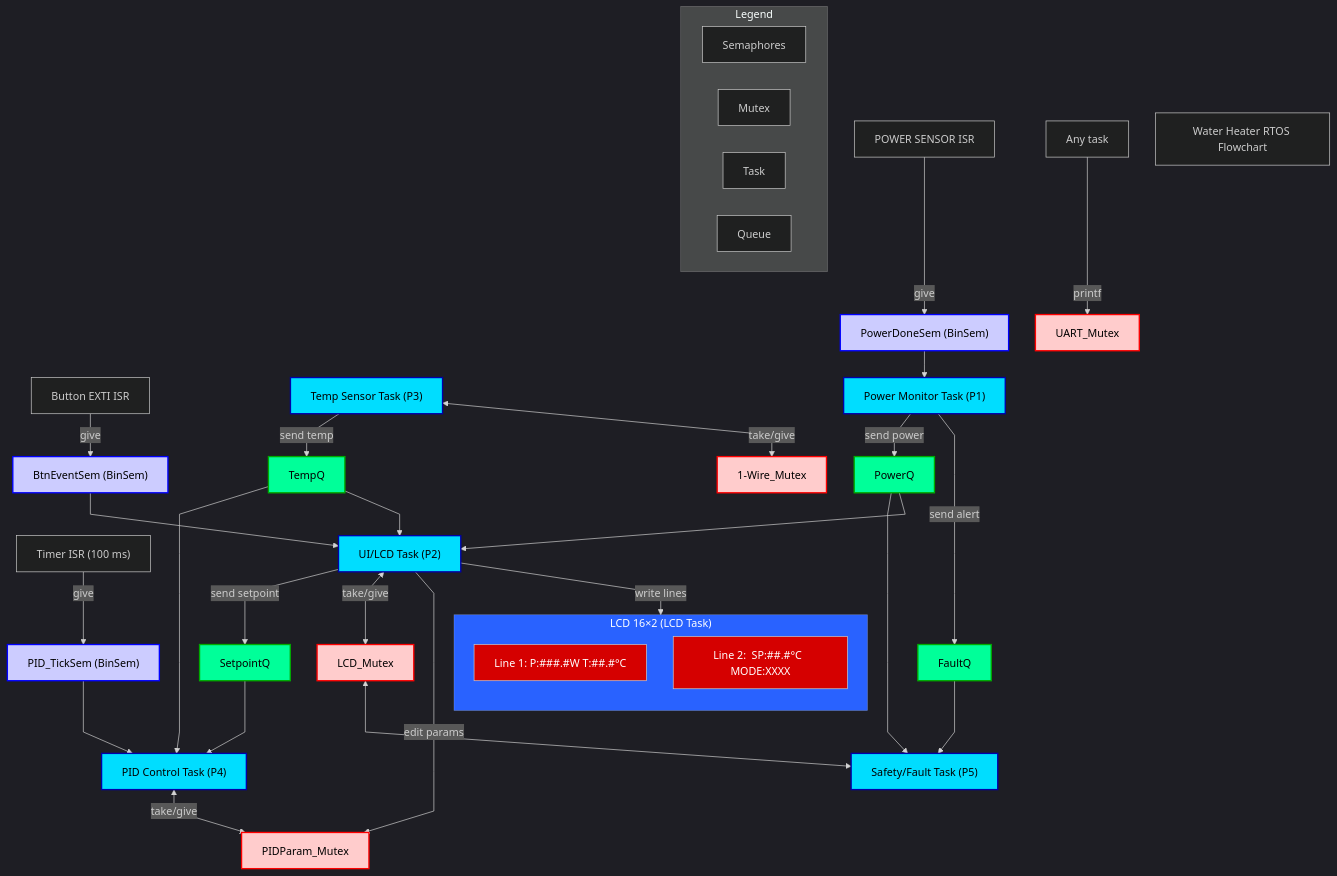
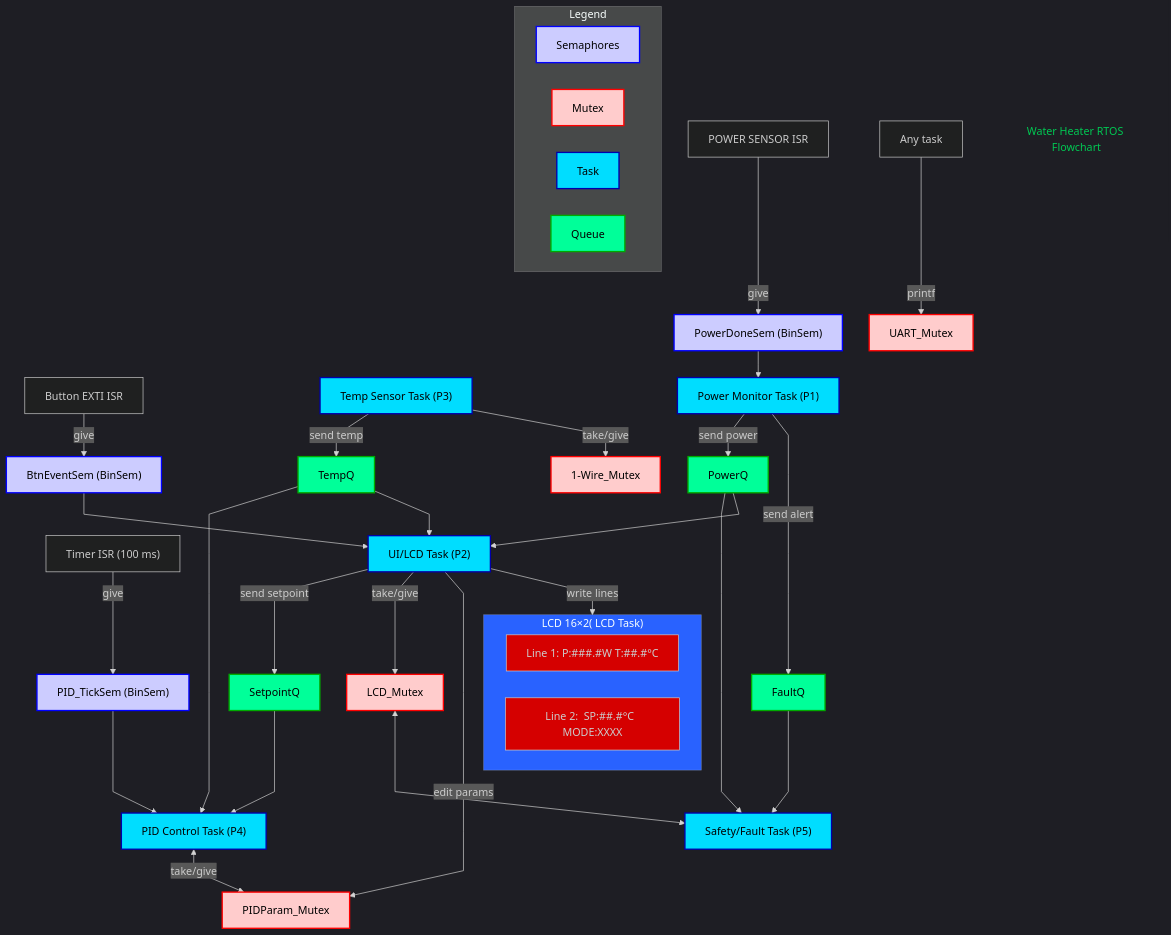
The diagram in README.md (EddieFranco/Home-Energy-Monitoring-Management-System), drawn with Mermaid before and after one commit.

````diff
--- a/README.md
+++ b/README.md
@@ -94,81 +94,70 @@
 ```mermaid 
 %%{init: {
   "theme": "dark",
   "flowchart": { "htmlLabels": true, "curve": "linear", "nodeSpacing": 40, "rankSpacing": 40 }
 }}%%
+
 flowchart TB
+ subgraph Legend["Legend"]
+    direction LR
+        L1["Semaphores"]
+        L2["Mutex"]
+        L3["Task"]
+        L4["Queue"]
+  end
+ subgraph LCD["LCD 16×2( LCD Task)"]
+        L5["Line 1:  P:###.#W   T:##.#°C"]
+        L6["Line 2:  SP:##.#°C  MODE:XXXX"]
+  end
+    TIM_ISR["Timer ISR (100 ms)"] -- give --> PID_TickSem["PID_TickSem (BinSem)"]
+    ADC_ISR["POWER SENSOR ISR"] -- give --> Power_DoneSem["PowerDoneSem (BinSem)"]
+    BTN_ISR["Button EXTI ISR"] -- give --> BtnEventSem["BtnEventSem (BinSem)"]
+    TEMP["Temp Sensor Task (P3)"] -- send temp --> TempQ["TempQ"]
+    TempQ --> PID["PID Control Task (P4)"] & UI["UI/LCD Task (P2)"]
+    UI -- send setpoint --> SetpointQ["SetpointQ"]
+    SetpointQ --> PID
+    POWER["Power Monitor Task (P1)"] -- send power --> PowerQ["PowerQ"]
+    PowerQ --> SAFETY["Safety/Fault Task (P5)"] & UI
+    POWER -- send alert --> FaultQ["FaultQ"]
+    FaultQ --> SAFETY
+    PID_TickSem --> PID
+    Power_DoneSem --> POWER
+    BtnEventSem --> UI
+    UI -- take/give --> LCD_Mutex["LCD_Mutex"]
+    TEMP -- take/give --> OneWire_Mutex["1-Wire_Mutex"]
+    PID <-- take/give --> PIDParam_Mutex["PIDParam_Mutex"]
+    UI -- edit params --> PIDParam_Mutex
+    ANY["Any task"] -- printf --> UART_Mutex["UART_Mutex"]
+    UI -- write lines --> LCD
+    LCD_Mutex <--> SAFETY
+    title["Water Heater RTOS Flowchart"]
+     L1:::Semaphores
+     L2:::Mutex
+     L3:::Task
+     L4:::Queue
+     PID_TickSem:::Semaphores
+     Power_DoneSem:::Semaphores
+     BtnEventSem:::Semaphores
+     TEMP:::Task
+     TempQ:::Queue
+     PID:::Task
+     UI:::Task
+     SetpointQ:::Queue
+     POWER:::Task
+     PowerQ:::Queue
+     SAFETY:::Task
+     FaultQ:::Queue
+     LCD_Mutex:::Mutex
+     OneWire_Mutex:::Mutex
+     PIDParam_Mutex:::Mutex
+     UART_Mutex:::Mutex
+    classDef Semaphores fill:#ccccff,stroke:#0000ff,stroke-width:2px,color:#000000
+    classDef Mutex fill:#ffcccc,stroke:#ff0000,stroke-width:2px,color:#000000
+    classDef Task fill:#00ddff,stroke:#0000aa,stroke-width:2px,color:#000000
+    classDef Queue fill:#00ff99,stroke:#00aa00,stroke-width:2px,color:#000000
+    style L5 fill:#D50000
+    style L6 fill:#D50000
+    style LCD fill:#2962FF
+    style title fill:none,stroke:none,fontSize:24px,fontWeight:bold,color:#00C853
 
-  %% ---------- Legend ----------
-  subgraph Legend["Legend"]
-    direction LR
-    L1["Semaphores"]
-    L2["Mutex"]
-    L3["Task"]
-    L4["Queue"]
-  end
-
-  %% ---------- LCD Preview ----------
-  subgraph LCD["LCD 16×2 (LCD Task)"]
-    direction TB
-    L5["Line 1:  P:###.#W   T:##.#°C"]
-    L6["Line 2:  SP:##.#°C  MODE:XXXX"]
-  end
-
-  %% ---------- ISRs -> Semaphores ----------
-  TIM_ISR["Timer ISR (100 ms)"] -->|give| PID_TickSem["PID_TickSem (BinSem)"]
-  ADC_ISR["POWER SENSOR ISR"] -->|give| Power_DoneSem["PowerDoneSem (BinSem)"]
-  BTN_ISR["Button EXTI ISR"] -->|give| BtnEventSem["BtnEventSem (BinSem)"]
-
-  %% ---------- Tasks & Queues ----------
-  TEMP["Temp Sensor Task (P3)"] -->|send temp| TempQ["TempQ"]
-  TempQ --> PID["PID Control Task (P4)"]
-  TempQ --> UI["UI/LCD Task (P2)"]
-
-  UI -->|send setpoint| SetpointQ["SetpointQ"]
-  SetpointQ --> PID
-
-  POWER["Power Monitor Task (P1)"] -->|send power| PowerQ["PowerQ"]
-  PowerQ --> SAFETY["Safety/Fault Task (P5)"]
-  PowerQ --> UI
-
-  POWER -->|send alert| FaultQ["FaultQ"]
-  FaultQ --> SAFETY
-
-  %% ---------- Semaphores into tasks ----------
-  PID_TickSem --> PID
-  Power_DoneSem --> POWER
-  BtnEventSem --> UI
-
-  %% ---------- Mutexes ----------
-  UI <-->|take/give| LCD_Mutex["LCD_Mutex"]
-  TEMP <-->|take/give| OneWire_Mutex["1-Wire_Mutex"]
-  PID <-->|take/give| PIDParam_Mutex["PIDParam_Mutex"]
-  UI -->|edit params| PIDParam_Mutex
-
-  ANY["Any task"] -->|printf| UART_Mutex["UART_Mutex"]
-
-  %% ---------- LCD writing ----------
-  UI -->|write lines| LCD
-
-  %% Optional: LCD_Mutex also used by Safety
-  LCD_Mutex <--> SAFETY
-
-  %% ---------- Title ----------
-  title["Water Heater RTOS Flowchart"]
-
-  %% ---------- Classes / Styling ----------
-  classDef Semaphores fill:#ccccff,stroke:#0000ff,stroke-width:2px,color:#000000
-  classDef Mutex fill:#ffcccc,stroke:#ff0000,stroke-width:2px,color:#000000
-  classDef Task fill:#00ddff,stroke:#0000aa,stroke-width:2px,color:#000000
-  classDef Queue fill:#00ff99,stroke:#00aa00,stroke-width:2px,color:#000000
-
-  class PID_TickSem,Power_DoneSem,BtnEventSem Semaphores
-  class LCD_Mutex,OneWire_Mutex,PIDParam_Mutex,UART_Mutex Mutex
-  class TEMP,PID,UI,POWER,SAFETY Task
-  class TempQ,SetpointQ,PowerQ,FaultQ Queue
-
-  %% Highlight LCD preview and LCD group
-  style L5 fill:#D50000,color:#ffffff
-  style L6 fill:#D50000,color:#ffffff
-  style LCD fill:#2962FF,color:#ffffff
 ```
````
